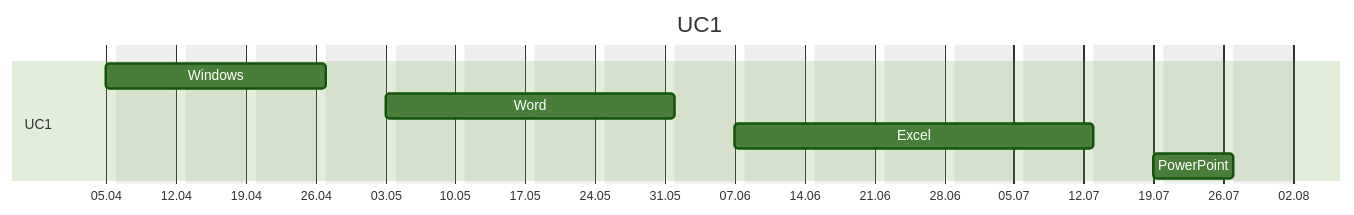
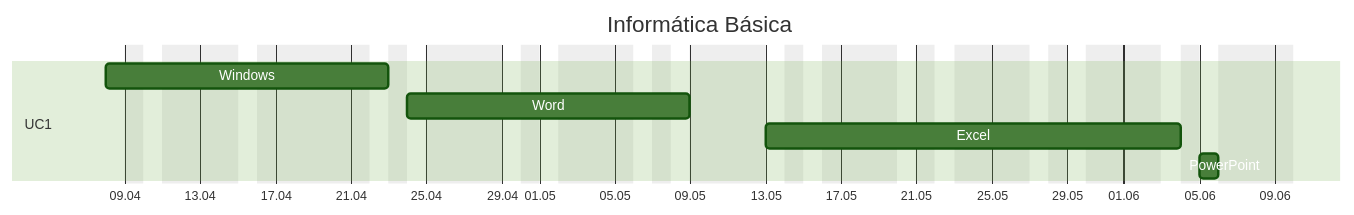
The diagram in src/site/notes/Informatica basica.md (jocile/digitalgarden), drawn with Mermaid (forest theme) before and after one commit. The commit also changed other lines of this file and 1 other file, not shown here.

````diff
--- a/src/site/notes/Informatica basica.md
+++ b/src/site/notes/Informatica basica.md
@@ -34,14 +34,14 @@
 ```mermaid
 gantt
-     title UC1
-     tickInterval 1week
-     weekday Saturday
-     excludes Sunday, Monday, Tuesday, Wednesday, Thursday, Friday
+     title Informática Básica
+     tickInterval 4day
+     weekday Monday
+     excludes Sunday, Monday, Wednesday, Friday, Saturday, 17:04
      dateFormat DD:MM
      axisFormat %d.%m
      section UC1
-         Windows :a1, 05:04, 4d
+         Windows :a1, 08:04, 4d
          Word :a2,after a1, 5d
-         Excel :a3, after a2, 6d
-         PowerPoint :a4, after a3, 2d
+         Excel :a3, after a2, 7d
+         PowerPoint :a4, after a3, 1d
 ```
````
